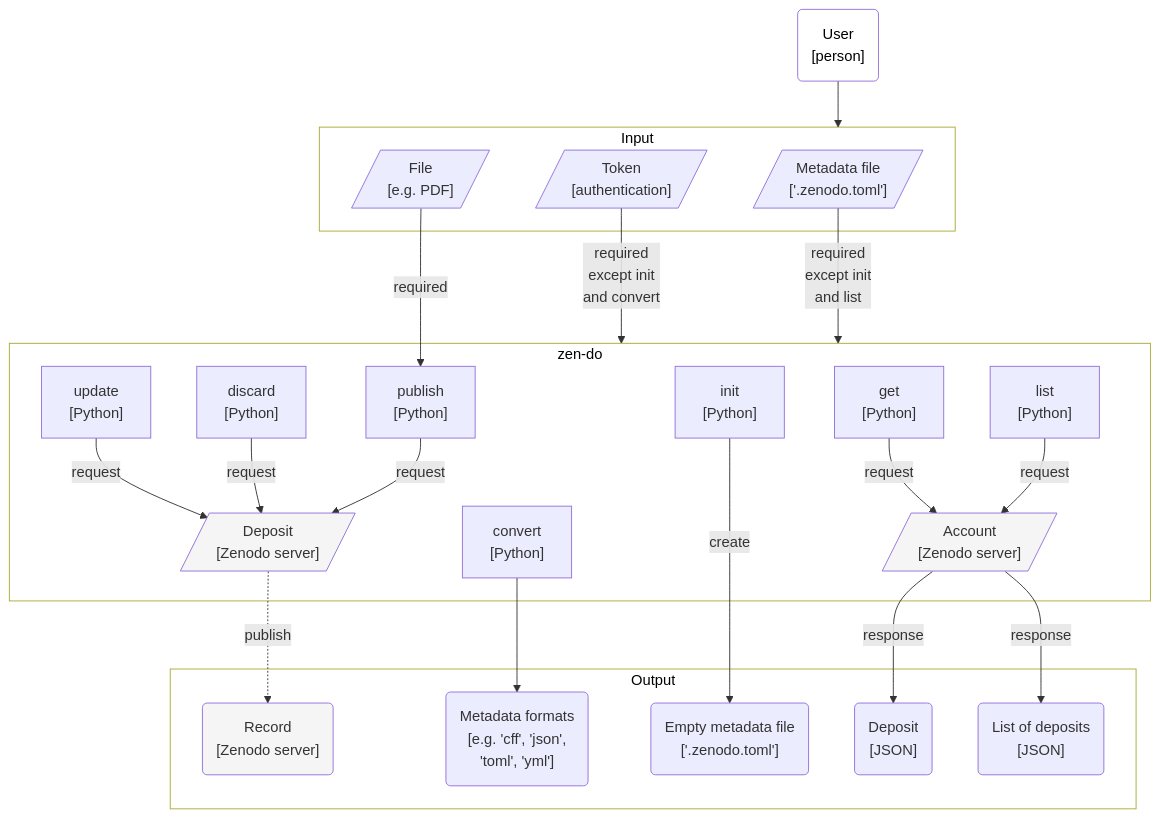
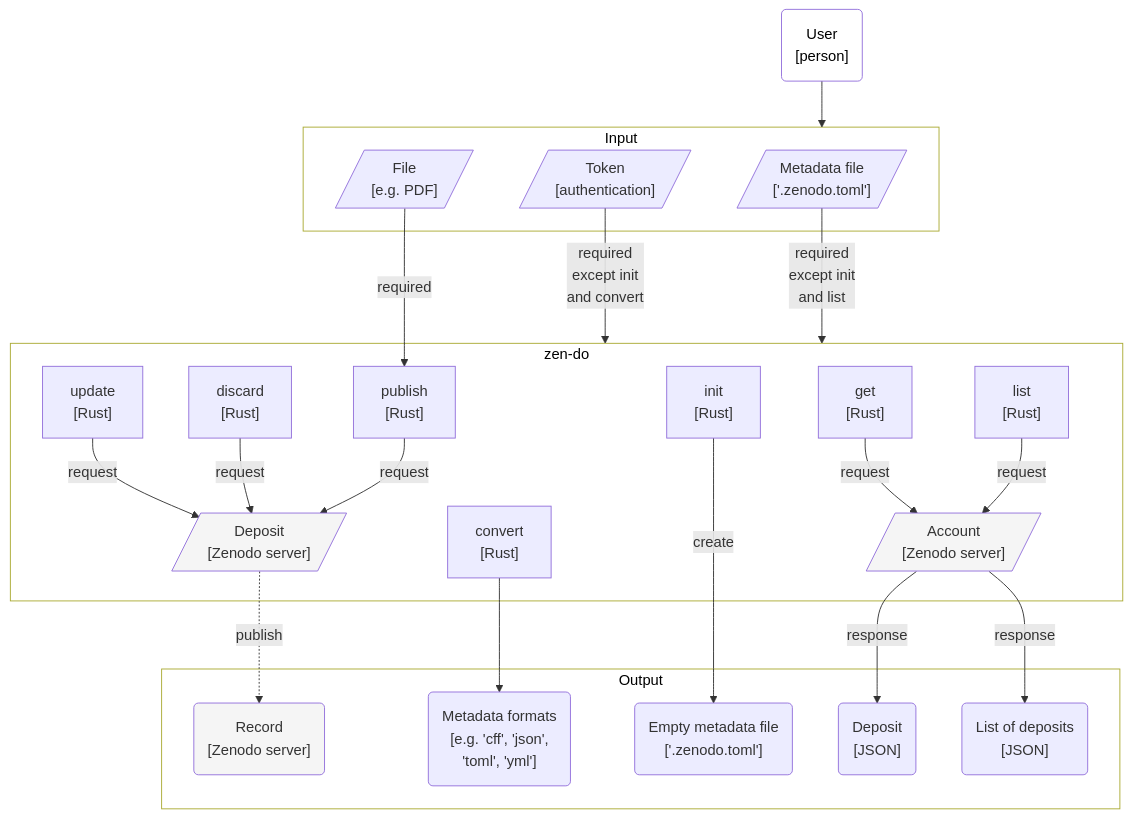
Before and after one commit to seedcase-project/zen-do: the second of 2 diagrams in docs/design/architecture.qmd, drawn with Mermaid. The commit also changed 2 other files, not shown here.

Commit message:
docs: ✏️ replace "Python" with "Rust" in doc files

````diff
--- a/docs/design/architecture.qmd
+++ b/docs/design/architecture.qmd
@@ -130,64 +130,64 @@
 ```{mermaid}
 %%| label: fig-c4-container
 %%| fig-cap: >-
 %%|   Diagram showing the inputs, outputs, and actions within zen-do.
 %%|   Parallogram boxes represent input and output, the rectangles represents
 %%|   actions, and the rounded boxes represent the start and end points of the
 %%|   flow. The gray boxes represent external systems, in this case, the Zenodo
 %%|   server.
 %%| fig-alt: >-
 %%|   Flowchart diagram with boxes and arrows/connections for the different
 %%|   objects and actions, focusing on the content of zen-do. The user interacts
 %%|   with the metadata file, the metadata formats, and the file(s) to add to a
 %%|   deposit while the zen-do CLI contains several actions to interact with the
 %%|   Zenodo server for both deposits and records.
 
 flowchart TB
     user("User<br>[person]"):::user
 
     subgraph input ["Input"]
         metadata[/"Metadata file<br>['.zenodo.toml']"/]
         file[/"File<br>[e.g. PDF]"/]
         token[/"Token<br>[authentication]"/]
     end
 
     subgraph zen-do
-        init["init<br>[Python]"]
-        get["get<br>[Python]"]
-        list["list<br>[Python]"]
-        convert["convert<br>[Python]"]
-        update["update<br>[Python]"]
-        publish["publish<br>[Python]"]
-        discard["discard<br>[Python]"]
+        init["init<br>[Rust]"]
+        get["get<br>[Rust]"]
+        list["list<br>[Rust]"]
+        convert["convert<br>[Rust]"]
+        update["update<br>[Rust]"]
+        publish["publish<br>[Rust]"]
+        discard["discard<br>[Rust]"]
         deposit[/"Deposit<br>[Zenodo server]"/]:::external
         account[/"Account<br>[Zenodo server]"/]:::external
 
         update & discard & publish -->|request| deposit
         get & list -->|request| account
     end
 
     subgraph output ["Output"]
         record("Record<br>[Zenodo server]"):::external
         metadata_formats("Metadata formats<br>[e.g. 'cff', 'json',<br>'toml', 'yml']")
         empty_metadata("Empty metadata file<br>['.zenodo.toml']")
         deposit_get("Deposit<br>[JSON]")
         deposits_list("List of deposits<br>[JSON]")
     end
 
     deposit -.->|publish| record
     account -->|response| deposit_get
     account -->|response| deposits_list
     convert --> metadata_formats
     init -->|create| empty_metadata
     user --> input
     token -->|required<br>except init<br>and convert| zen-do
     metadata -->|required<br>except init<br>and list| zen-do
     file -->|required| publish
 
     %% Styling
     style zen-do fill:#FFFFFF,color:#000000;
     style output fill:#FFFFFF,color:#000000;
     style input fill:#FFFFFF,color:#000000;
     classDef user fill:#FFFFFF,color:#000000;
     classDef external fill:#F5F5F5;
 ```
````
